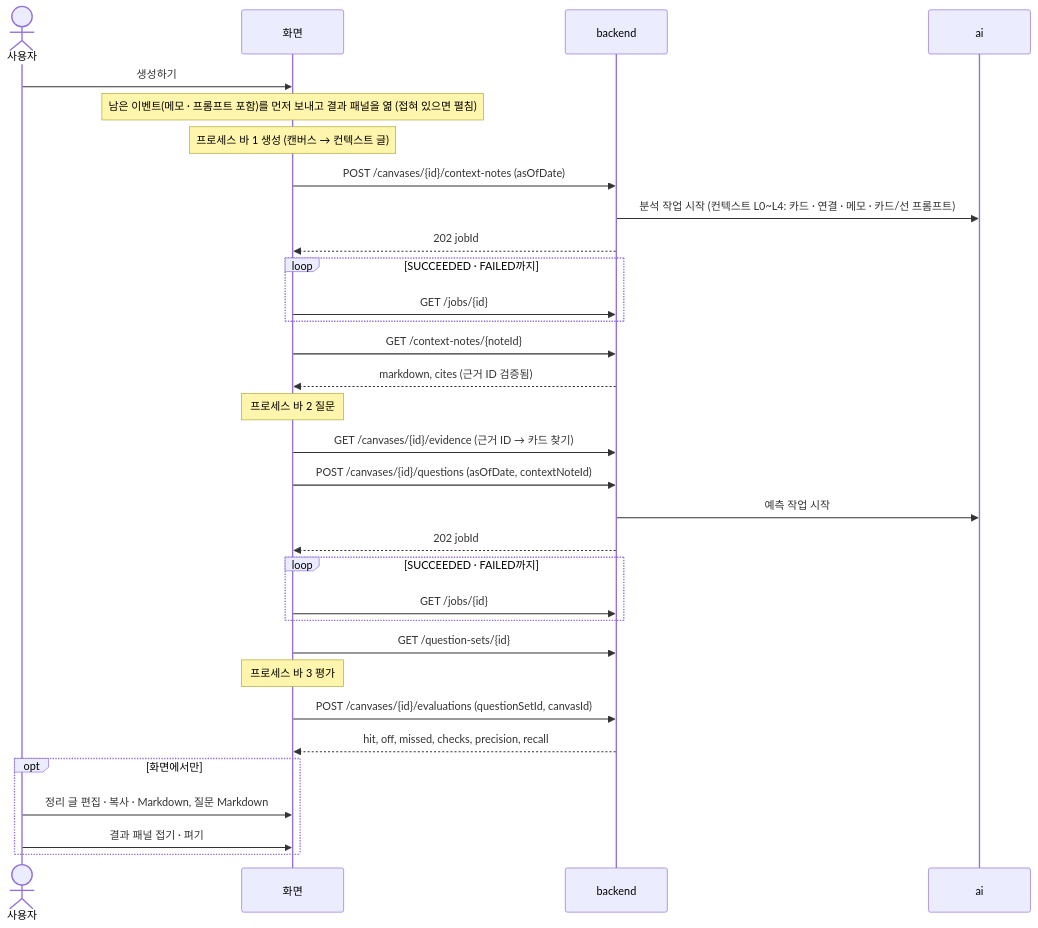
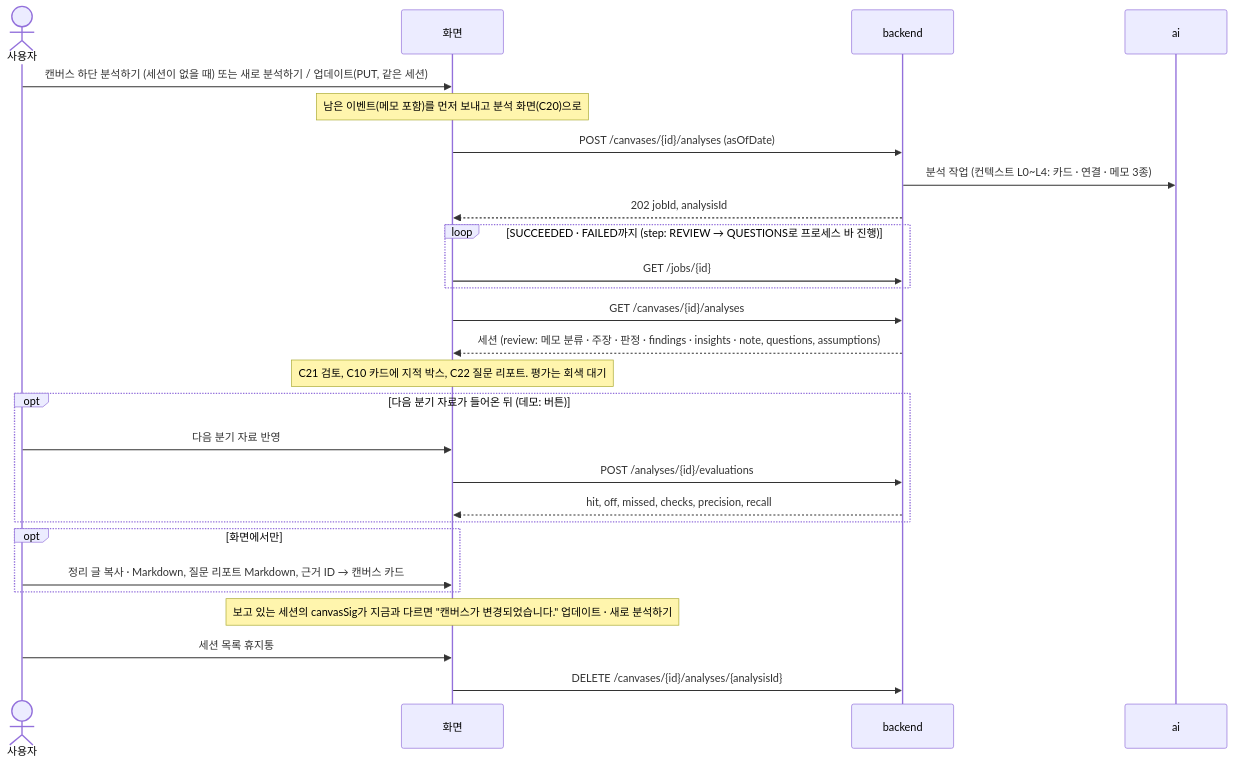
Before and after one commit to vamos-team/telescope: the sixth of 7 diagrams in docs/frontend/api-diagram.md, drawn with Mermaid. The commit also changed other lines of this file and 8 other files, not shown here.

````diff
--- a/docs/frontend/api-diagram.md
+++ b/docs/frontend/api-diagram.md
@@ -180,39 +178,32 @@
 ```mermaid
 sequenceDiagram
   actor U as 사용자
   participant F as 화면
   participant B as backend
   participant A as ai
 
-  U->>F: 생성하기
-  Note over F: 남은 이벤트(메모 · 프롬프트 포함)를 먼저 보내고 결과 패널을 엶 (접혀 있으면 펼침)
-
-  Note over F: 프로세스 바 1 생성 (캔버스 → 컨텍스트 글)
-  F->>B: POST /canvases/{id}/context-notes (asOfDate)
-  B->>A: 분석 작업 시작 (컨텍스트 L0~L4: 카드 · 연결 · 메모 · 카드/선 프롬프트)
-  B-->>F: 202 jobId
-  loop SUCCEEDED · FAILED까지
+  U->>F: 캔버스 하단 분석하기 (세션이 없을 때) 또는 새로 분석하기 / 업데이트(PUT, 같은 세션)
+  Note over F: 남은 이벤트(메모 포함)를 먼저 보내고 분석 화면(C20)으로
+  F->>B: POST /canvases/{id}/analyses (asOfDate)
+  B->>A: 분석 작업 (컨텍스트 L0~L4: 카드 · 연결 · 메모 3종)
+  B-->>F: 202 jobId, analysisId
+  loop SUCCEEDED · FAILED까지 (step: REVIEW → QUESTIONS로 프로세스 바 진행)
     F->>B: GET /jobs/{id}
   end
-  F->>B: GET /context-notes/{noteId}
-  B-->>F: markdown, cites (근거 ID 검증됨)
+  F->>B: GET /canvases/{id}/analyses
+  B-->>F: 세션 (review: 메모 분류 · 주장 · 판정 · findings · insights · note, questions, assumptions)
+  Note over F: C21 검토, C10 카드에 지적 박스, C22 질문 리포트. 평가는 회색 대기
 
-  Note over F: 프로세스 바 2 질문
-  F->>B: GET /canvases/{id}/evidence (근거 ID → 카드 찾기)
-  F->>B: POST /canvases/{id}/questions (asOfDate, contextNoteId)
-  B->>A: 예측 작업 시작
-  B-->>F: 202 jobId
-  loop SUCCEEDED · FAILED까지
-    F->>B: GET /jobs/{id}
+  opt 다음 분기 자료가 들어온 뒤 (데모: 버튼)
+    U->>F: 다음 분기 자료 반영
+    F->>B: POST /analyses/{id}/evaluations
+    B-->>F: hit, off, missed, checks, precision, recall
   end
-  F->>B: GET /question-sets/{id}
-
-  Note over F: 프로세스 바 3 평가
-  F->>B: POST /canvases/{id}/evaluations (questionSetId, canvasId)
-  B-->>F: hit, off, missed, checks, precision, recall
 
   opt 화면에서만
-    U->>F: 정리 글 편집 · 복사 · Markdown, 질문 Markdown
-    U->>F: 결과 패널 접기 · 펴기
+    U->>F: 정리 글 복사 · Markdown, 질문 리포트 Markdown, 근거 ID → 캔버스 카드
   end
+  Note over F: 보고 있는 세션의 canvasSig가 지금과 다르면 "캔버스가 변경되었습니다." 업데이트 · 새로 분석하기
+  U->>F: 세션 목록 휴지통
+  F->>B: DELETE /canvases/{id}/analyses/{analysisId}
 ```
````
